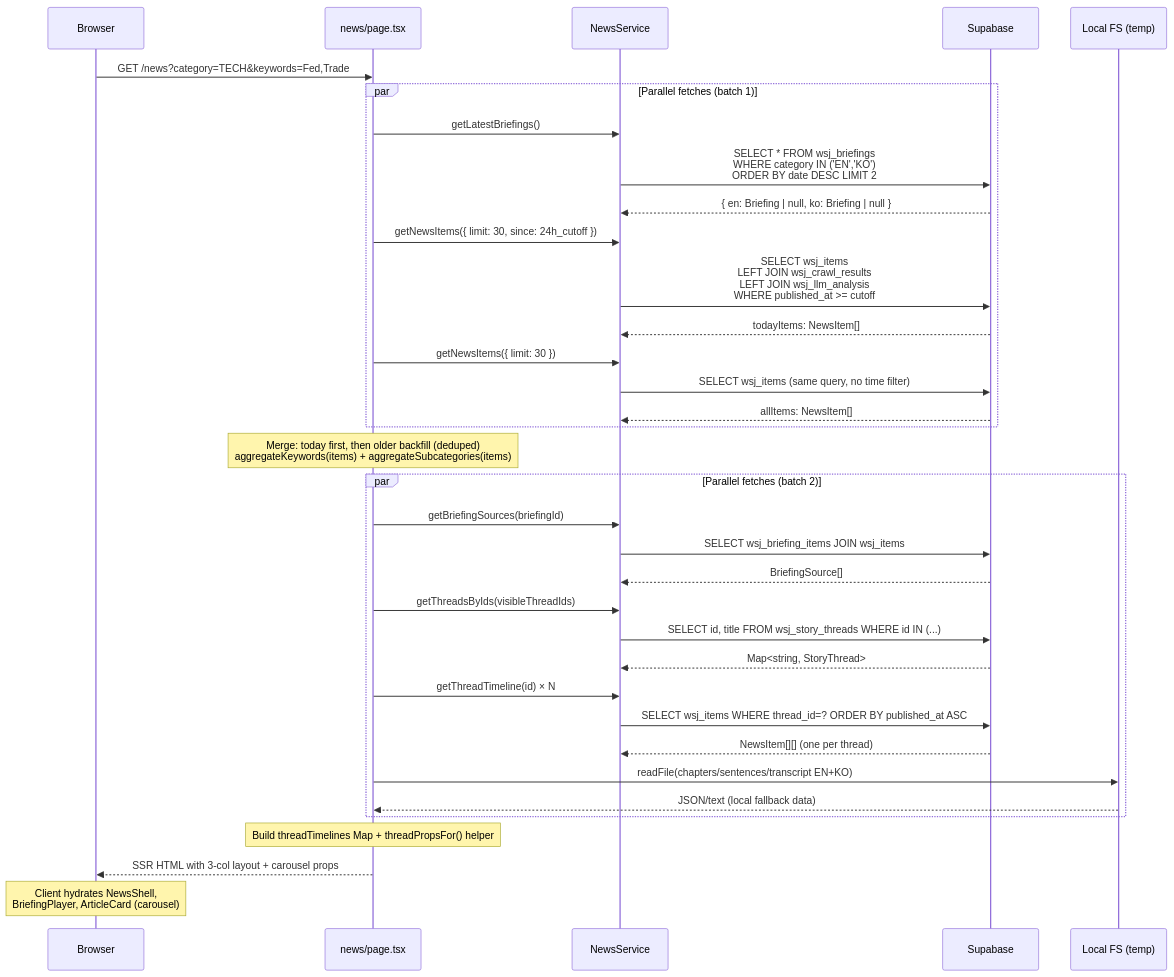
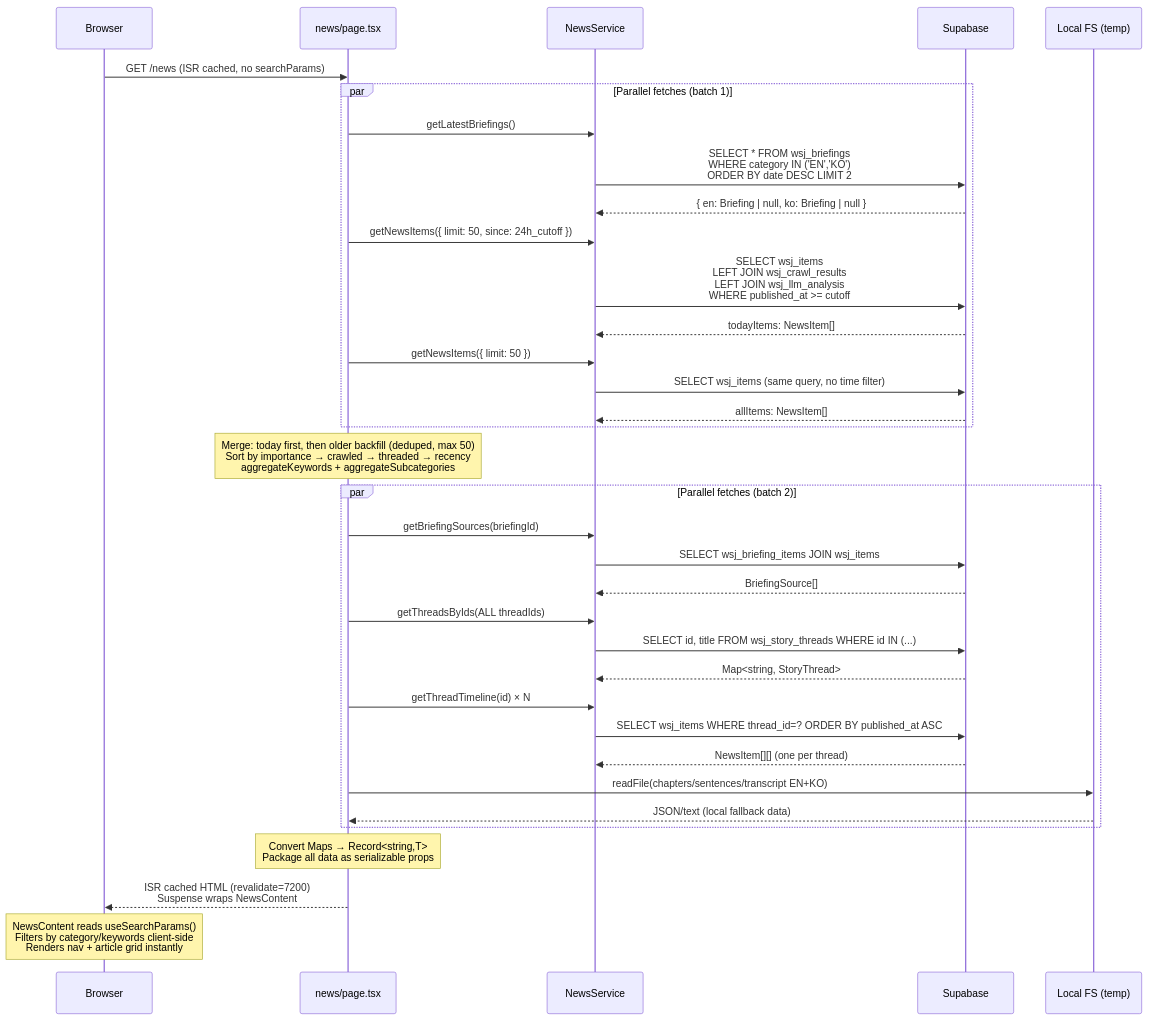
One commit to choym92/araverus changed the third of 6 diagrams in docs/2-news-frontend.md. Above: the diagram before and after it, drawn with Mermaid. The commit also changed other lines of this file and 2 other files, not shown here.

First line of the commit message:
perf: move searchParams to client for ISR compatibility

````diff
--- a/docs/2-news-frontend.md
+++ b/docs/2-news-frontend.md
@@ -168,48 +173,48 @@
 ```mermaid
 sequenceDiagram
     participant Browser
     participant Page as news/page.tsx
     participant Svc as NewsService
     participant DB as Supabase
     participant FS as Local FS (temp)
 
-    Browser->>Page: GET /news?category=TECH&keywords=Fed,Trade
+    Browser->>Page: GET /news (ISR cached, no searchParams)
 
     par Parallel fetches (batch 1)
         Page->>Svc: getLatestBriefings()
         Svc->>DB: SELECT * FROM wsj_briefings<br/>WHERE category IN ('EN','KO')<br/>ORDER BY date DESC LIMIT 2
         DB-->>Svc: { en: Briefing | null, ko: Briefing | null }
 
-        Page->>Svc: getNewsItems({ limit: 30, since: 24h_cutoff })
+        Page->>Svc: getNewsItems({ limit: 50, since: 24h_cutoff })
         Svc->>DB: SELECT wsj_items<br/>LEFT JOIN wsj_crawl_results<br/>LEFT JOIN wsj_llm_analysis<br/>WHERE published_at >= cutoff
         DB-->>Svc: todayItems: NewsItem[]
 
-        Page->>Svc: getNewsItems({ limit: 30 })
+        Page->>Svc: getNewsItems({ limit: 50 })
         Svc->>DB: SELECT wsj_items (same query, no time filter)
         DB-->>Svc: allItems: NewsItem[]
     end
 
-    Note over Page: Merge: today first, then older backfill (deduped)<br/>aggregateKeywords(items) + aggregateSubcategories(items)
+    Note over Page: Merge: today first, then older backfill (deduped, max 50)<br/>Sort by importance → crawled → threaded → recency<br/>aggregateKeywords + aggregateSubcategories
 
     par Parallel fetches (batch 2)
         Page->>Svc: getBriefingSources(briefingId)
         Svc->>DB: SELECT wsj_briefing_items JOIN wsj_items
         DB-->>Svc: BriefingSource[]
 
-        Page->>Svc: getThreadsByIds(visibleThreadIds)
+        Page->>Svc: getThreadsByIds(ALL threadIds)
         Svc->>DB: SELECT id, title FROM wsj_story_threads WHERE id IN (...)
         DB-->>Svc: Map<string, StoryThread>
 
         Page->>Svc: getThreadTimeline(id) × N
         Svc->>DB: SELECT wsj_items WHERE thread_id=? ORDER BY published_at ASC
         DB-->>Svc: NewsItem[][] (one per thread)
 
         Page->>FS: readFile(chapters/sentences/transcript EN+KO)
         FS-->>Page: JSON/text (local fallback data)
     end
 
-    Note over Page: Build threadTimelines Map + threadPropsFor() helper
+    Note over Page: Convert Maps → Record<string,T><br/>Package all data as serializable props
 
-    Page-->>Browser: SSR HTML with 3-col layout + carousel props
-    Note over Browser: Client hydrates NewsShell,<br/>BriefingPlayer, ArticleCard (carousel)
+    Page-->>Browser: ISR cached HTML (revalidate=7200)<br/>Suspense wraps NewsContent
+    Note over Browser: NewsContent reads useSearchParams()<br/>Filters by category/keywords client-side<br/>Renders nav + article grid instantly
 ```
````
